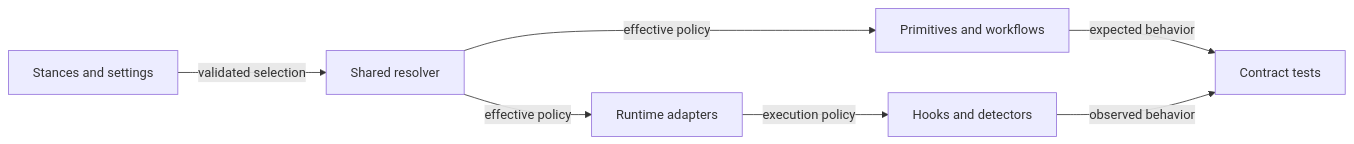
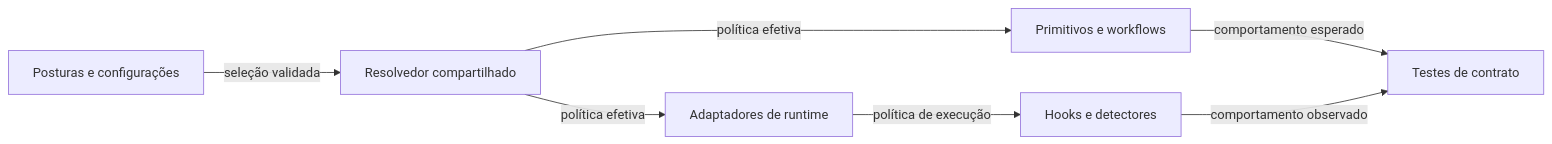
The diagram in referencias/model-citizen/docs/plans/stance-completeness.md (AnderHonorato/Agente-sem-Texto-Jev-Claude-), drawn with Mermaid before and after one commit. The commit also changed other lines of this file and 4 other files, not shown here.

````diff
--- a/referencias/model-citizen/docs/plans/stance-completeness.md
+++ b/referencias/model-citizen/docs/plans/stance-completeness.md
@@ -19,9 +29,9 @@
 ```mermaid
 flowchart LR
-    C[Stances and settings] -->|validated selection| R[Shared resolver]
-    R -->|effective policy| P[Primitives and workflows]
-    R -->|effective policy| A[Runtime adapters]
-    A -->|execution policy| H[Hooks and detectors]
-    P -->|expected behavior| T[Contract tests]
-    H -->|observed behavior| T
+    C[Posturas e configurações] -->|seleção validada| R[Resolvedor compartilhado]
+    R -->|política efetiva| P[Primitivos e workflows]
+    R -->|política efetiva| A[Adaptadores de runtime]
+    A -->|política de execução| H[Hooks e detectores]
+    P -->|comportamento esperado| T[Testes de contrato]
+    H -->|comportamento observado| T
 ```
````
